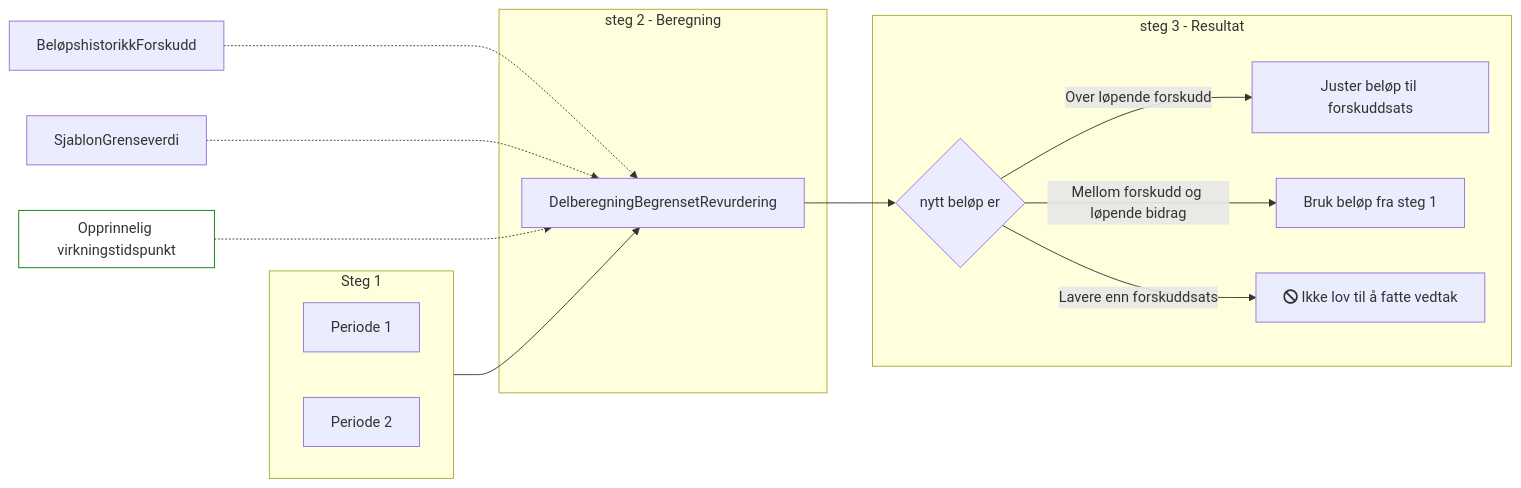
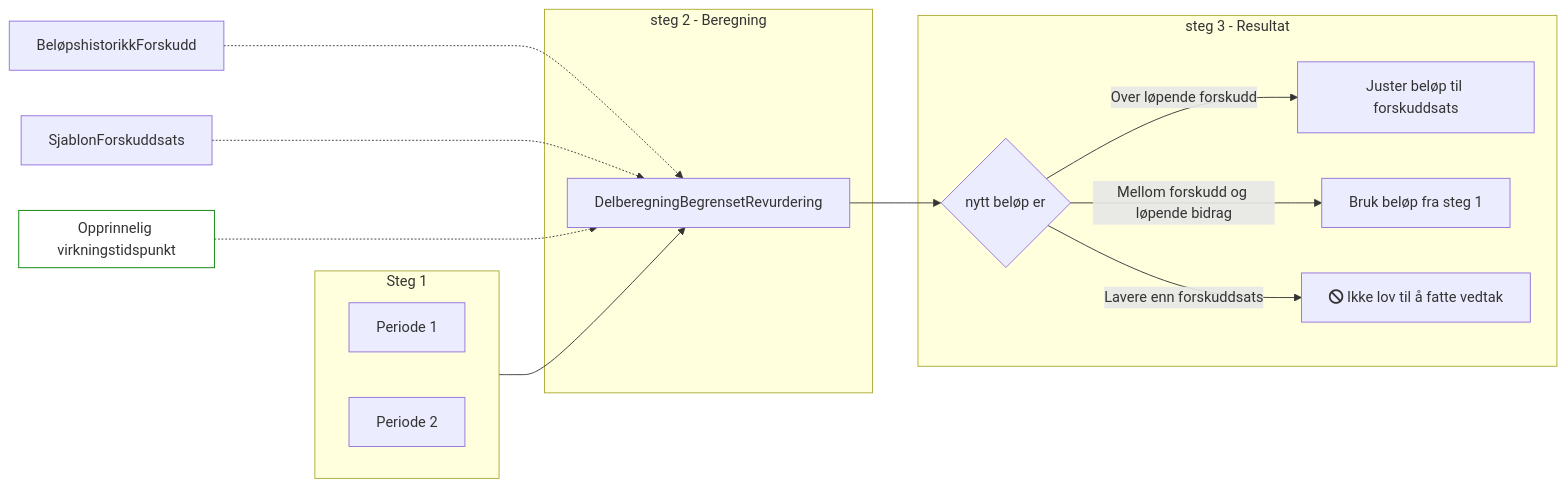
One commit to navikt/bidrag-dokumentasjon changed the diagram in test.md. Above: the diagram before and after it, drawn with Mermaid.

````diff
--- a/test.md
+++ b/test.md
@@ -3,25 +3,25 @@
 ```mermaid
 flowchart LR
     classDef className stroke:green,stroke-width:1px;
 
     subgraph steg1["Steg 1"]
         direction RL
         periode1["Periode 1"]
         periode2["Periode 2"]
     end
     steg1 --> DelberegningBegrensetRevurdering
     subgraph "steg 2 - Beregning"
     DelberegningBegrensetRevurdering
     end
     subgraph "steg 3 - Resultat"
      DelberegningBegrensetRevurdering --> Resultat{nytt beløp er}
     Resultat -->|Over løpende forskudd| D[Juster beløp til forskuddsats]
     Resultat -->|Mellom forskudd og løpende bidrag| E[Bruk beløp fra steg 1]
     Resultat -->|Lavere enn forskuddsats| F[fa:fa-ban Ikke lov til å fatte vedtak]
     end
-    BeløpshistorikkForskudd -..-> DelberegningBegrensetRevurdering
-    SjablonGrenseverdi -..-> DelberegningBegrensetRevurdering
-    A@{ shape: text, label: "Opprinnelig virkningstidspunkt" } -..-> DelberegningBegrensetRevurdering
+    BeløpshistorikkForskudd -...-> DelberegningBegrensetRevurdering
+    SjablonForskuddsats -...-> DelberegningBegrensetRevurdering
+    A@{ shape: text, label: "Opprinnelig virkningstidspunkt" } -...-> DelberegningBegrensetRevurdering
 
     class A className;
 ```
````
